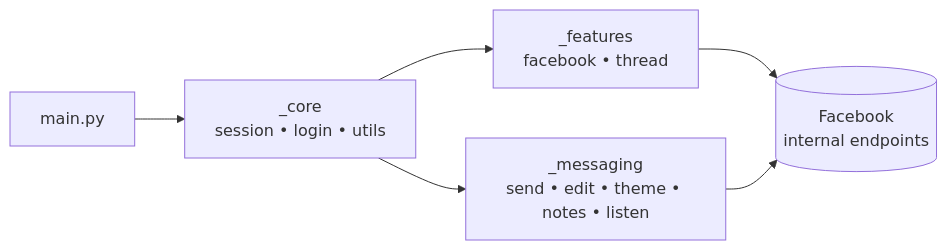
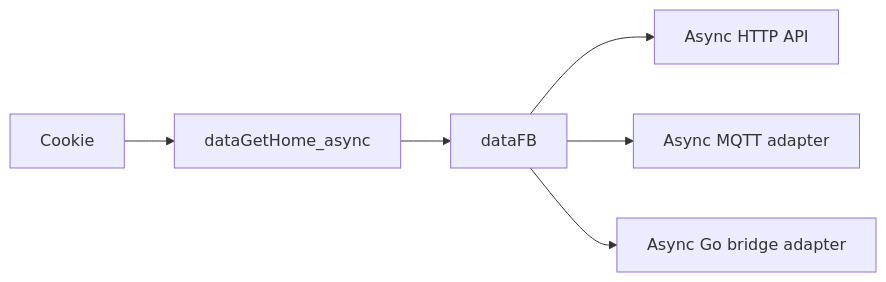
The diagram in README_EN.md (m008v/fbchat-v2), drawn with Mermaid before and after one commit. The commit also changed other lines of this file and 74 other files, not shown here.

````diff
--- a/README_EN.md
+++ b/README_EN.md
@@ -104,8 +161,8 @@
 ```mermaid
 flowchart LR
-    A[main.py] --> B[_core<br/>session • login • utils]
-    B --> C[_features<br/>facebook • thread]
-    B --> D[_messaging<br/>send • edit • theme • notes • listen]
-    C --> E[(Facebook<br/>internal endpoints)]
-    D --> E
+    A[Cookie] --> B[dataGetHome_async]
+    B --> C[dataFB]
+    C --> D[Async HTTP API]
+    C --> E[Async MQTT adapter]
+    C --> F[Async Go bridge adapter]
 ```
````
